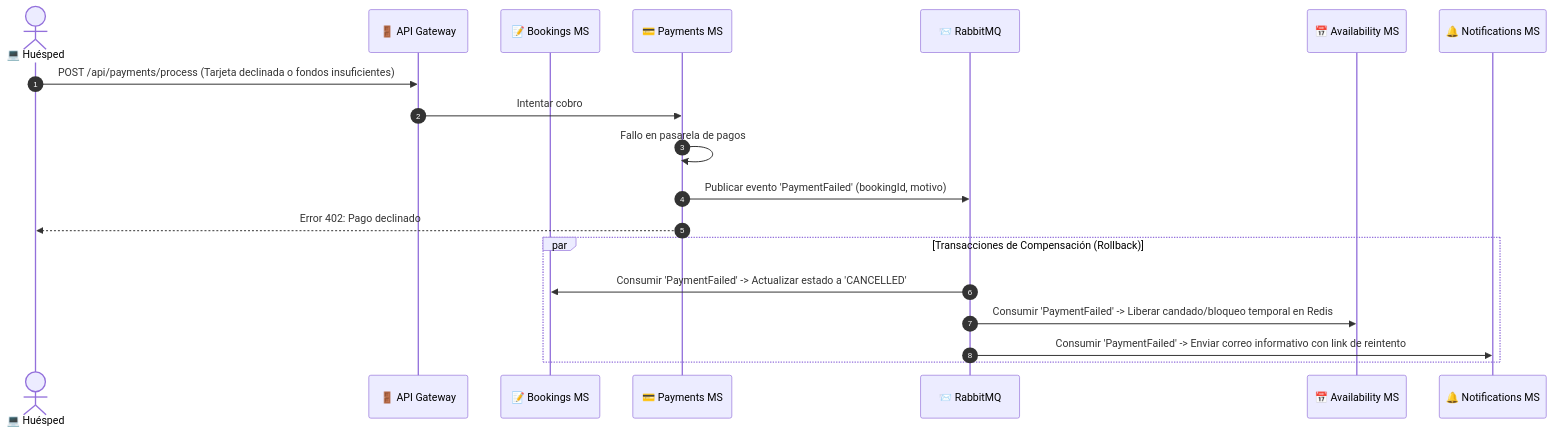
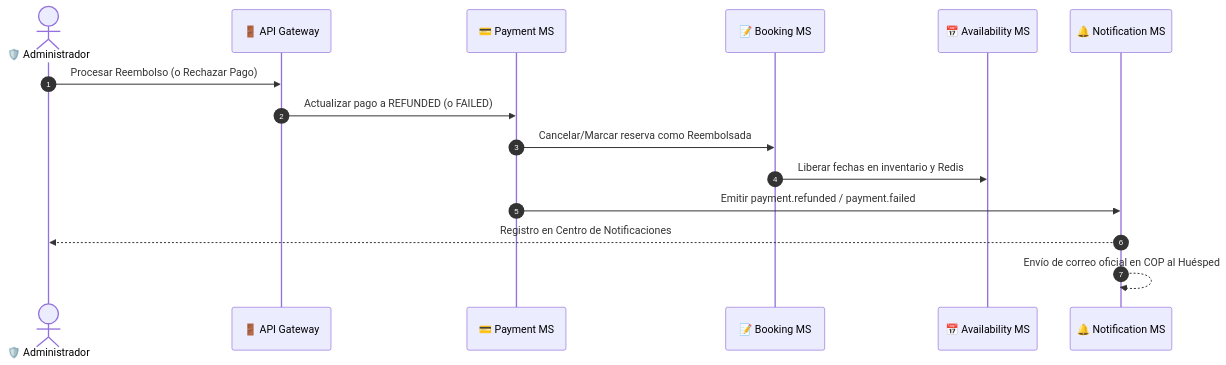
The third of 3 diagrams in README.md (danielaing16/hotel-microservices), drawn with Mermaid before and after one commit. The commit also changed other lines of this file, not shown here.

Commit message:
docs(readme): actualizar arquitectura, roles RBAC, flujos de reembolso/notificaciones y despliegue Render + Vercel

````diff
--- a/README.md
+++ b/README.md
@@ -448,23 +231,18 @@
 ```mermaid
 sequenceDiagram
     autonumber
-    actor Cliente as 💻 Huésped
+    actor Admin as 🛡️ Administrador
     participant Gate as 🚪 API Gateway
-    participant Book as 📝 Bookings MS
-    participant Pay as 💳 Payments MS
-    participant Broker as 📨 RabbitMQ
+    participant Pay as 💳 Payment MS
+    participant Book as 📝 Booking MS
     participant Avail as 📅 Availability MS
-    participant Notif as 🔔 Notifications MS
+    participant Notif as 🔔 Notification MS
 
-    Cliente->>Gate: POST /api/payments/process (Tarjeta declinada o fondos insuficientes)
-    Gate->>Pay: Intentar cobro
-    Pay->>Pay: Fallo en pasarela de pagos
-    Pay->>Broker: Publicar evento 'PaymentFailed' (bookingId, motivo)
-    Pay-->>Cliente: Error 402: Pago declinado
-
-    par Transacciones de Compensación (Rollback)
-        Broker->>Book: Consumir 'PaymentFailed' -> Actualizar estado a 'CANCELLED'
-        Broker->>Avail: Consumir 'PaymentFailed' -> Liberar candado/bloqueo temporal en Redis
-        Broker->>Notif: Consumir 'PaymentFailed' -> Enviar correo informativo con link de reintento
-    end
+    Admin->>Gate: Procesar Reembolso (o Rechazar Pago)
+    Gate->>Pay: Actualizar pago a REFUNDED (o FAILED)
+    Pay->>Book: Cancelar/Marcar reserva como Reembolsada
+    Book->>Avail: Liberar fechas en inventario y Redis
+    Pay->>Notif: Emitir payment.refunded / payment.failed
+    Notif-->>Admin: Registro en Centro de Notificaciones
+    Notif-->>Notif: Envío de correo oficial en COP al Huésped
 ```
````
